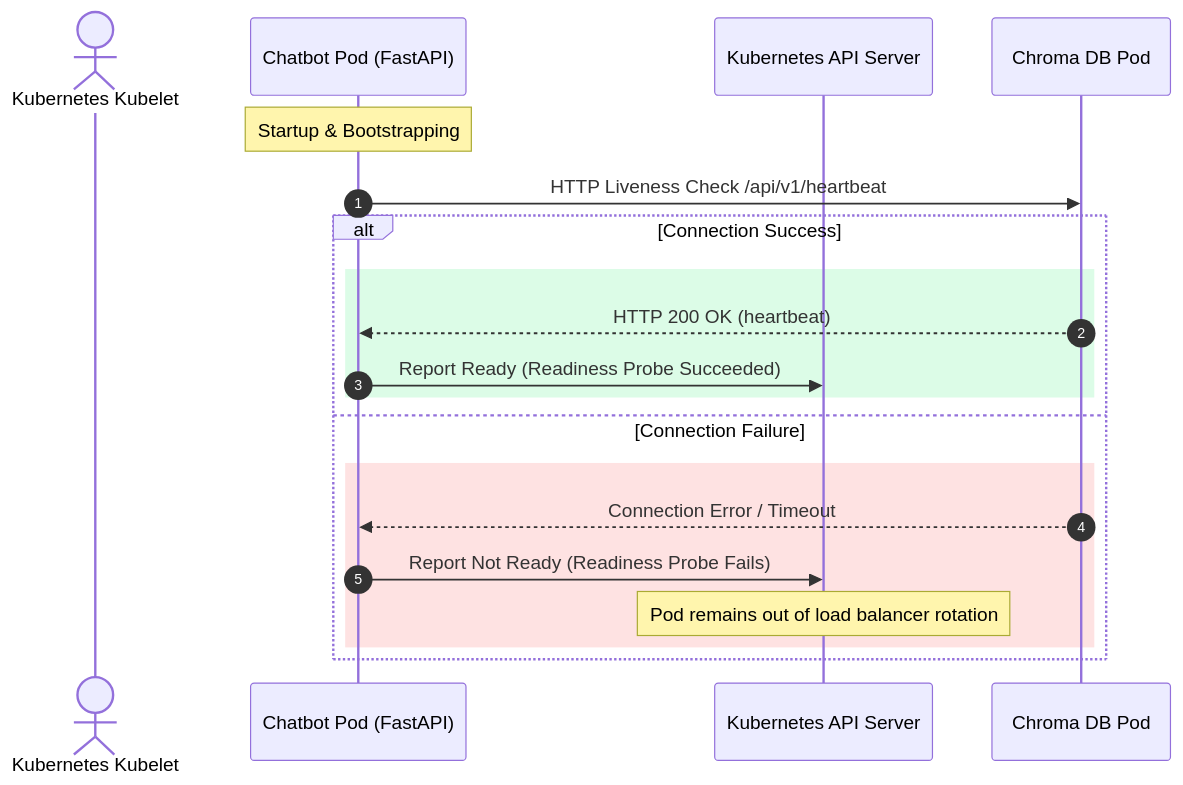
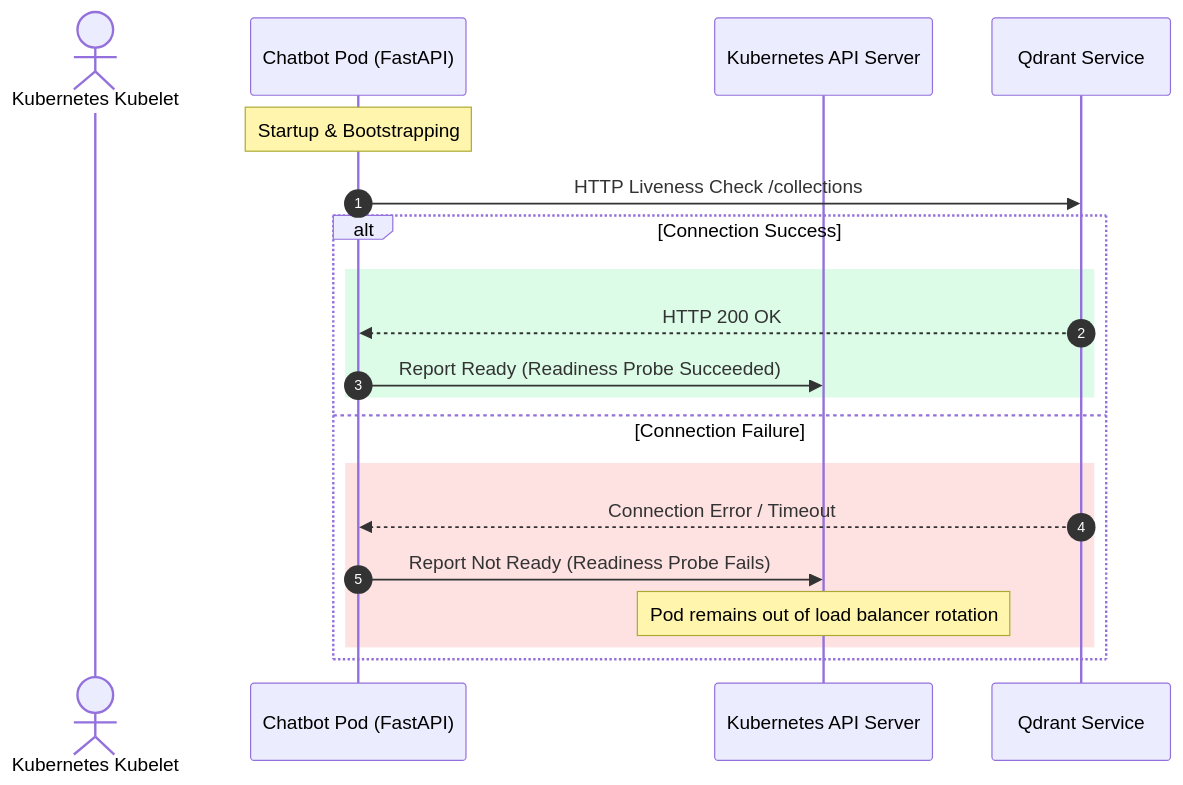
The fifth of 5 diagrams in README.md (boycececil666gmailcom/rag-chatbot), drawn with Mermaid before and after one commit. The commit also changed other lines of this file and 14 other files, not shown here.

````diff
--- a/README.md
+++ b/README.md
@@ -167,23 +155,23 @@
 ```mermaid
 sequenceDiagram
     autonumber
     actor Kubelet as Kubernetes Kubelet
     participant App as Chatbot Pod (FastAPI)
     participant K8s as Kubernetes API Server
-    participant Chroma as Chroma DB Pod
+    participant Qdrant as Qdrant Service
 
     Note over App: Startup & Bootstrapping
-    App->>Chroma: HTTP Liveness Check /api/v1/heartbeat
+    App->>Qdrant: HTTP Liveness Check /collections
     alt Connection Success
         rect rgb(220, 252, 231)
-            Chroma-->>App: HTTP 200 OK (heartbeat)
+            Qdrant-->>App: HTTP 200 OK
             App->>K8s: Report Ready (Readiness Probe Succeeded)
         end
     else Connection Failure
         rect rgb(254, 226, 226)
-            Chroma-->>App: Connection Error / Timeout
+            Qdrant-->>App: Connection Error / Timeout
             App->>K8s: Report Not Ready (Readiness Probe Fails)
             Note over K8s: Pod remains out of load balancer rotation
         end
     end
 ```
````
